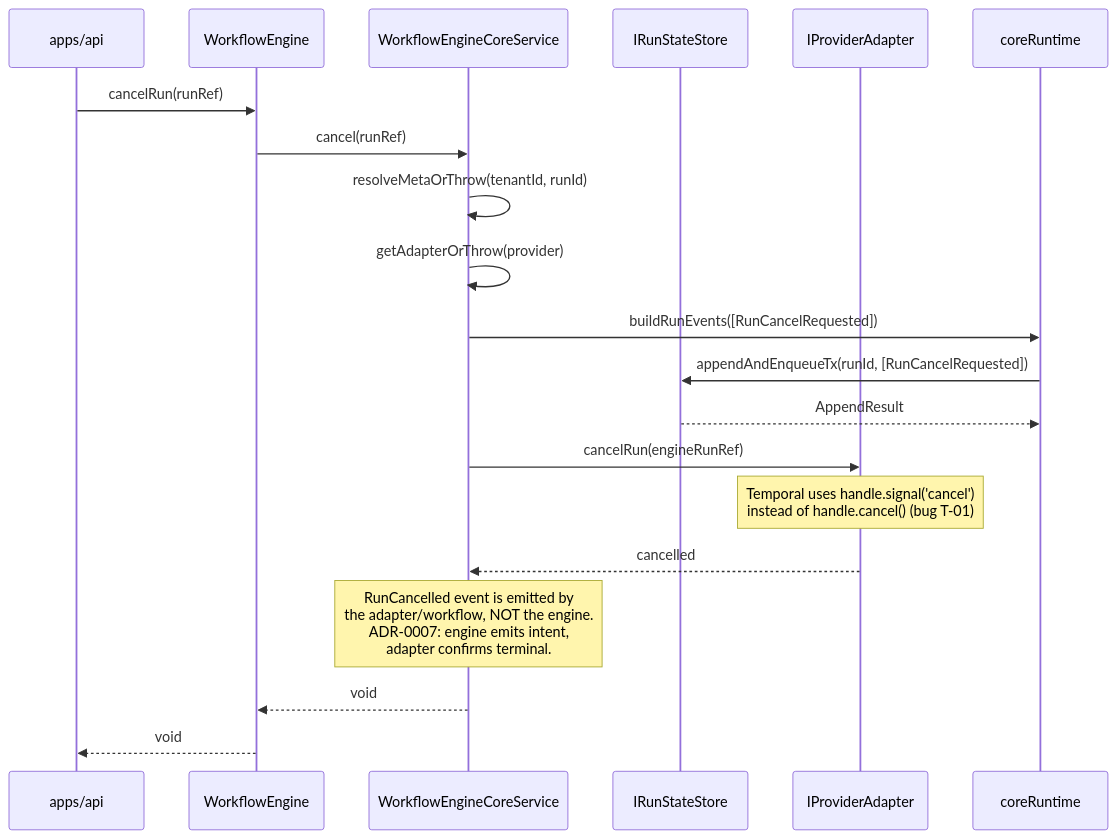
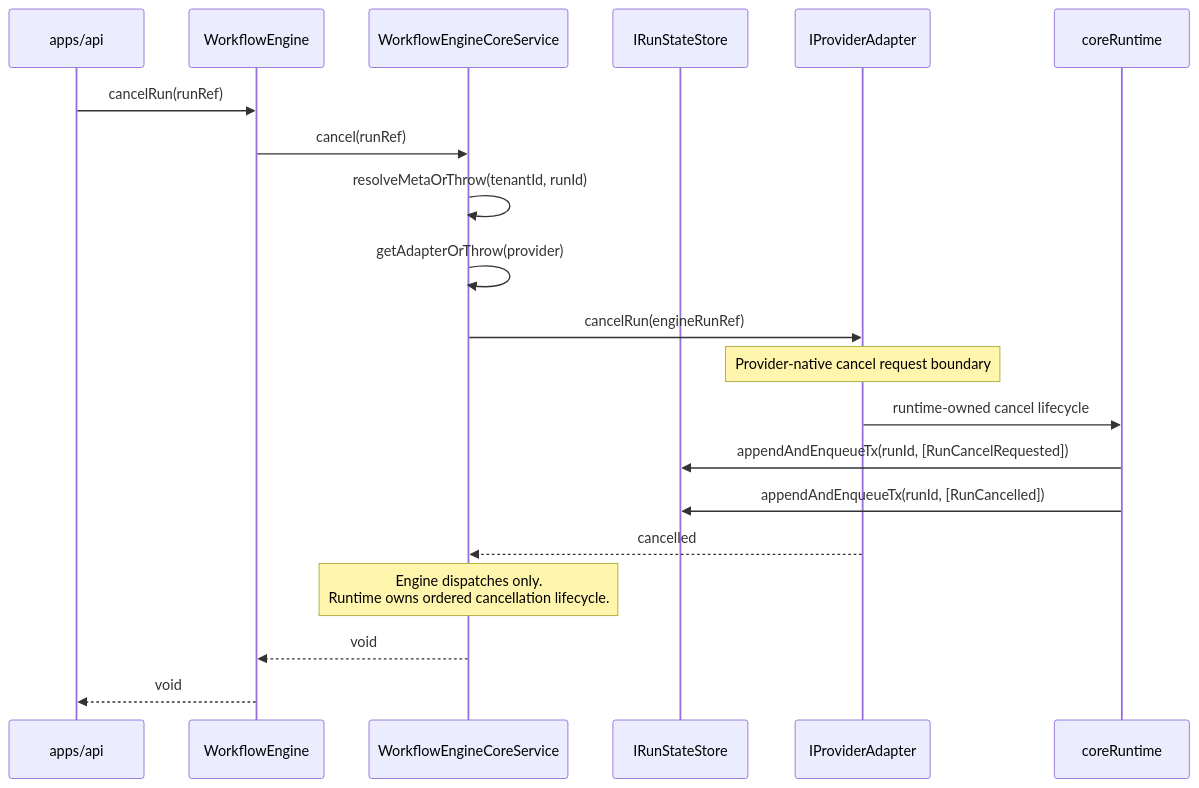
Before and after one commit to dunay2/dvt: the tenth of 13 diagrams in docs/architecture/diagrams/implementation-architecture-diagrams.md, drawn with Mermaid. The commit also changed other lines of this file and 63 other files, not shown here.

Commit message:
docs(docs): Reset engine contract pack and split run status models

````diff
--- a/docs/architecture/diagrams/implementation-architecture-diagrams.md
+++ b/docs/architecture/diagrams/implementation-architecture-diagrams.md
@@ -923,28 +931,27 @@
 ```mermaid
 sequenceDiagram
   participant Caller as apps/api
   participant WE as WorkflowEngine
   participant Core as WorkflowEngineCoreService
   participant Store as IRunStateStore
   participant Adapter as IProviderAdapter
   participant CR as coreRuntime
 
   Caller->>WE: cancelRun(runRef)
   WE->>Core: cancel(runRef)
 
   Core->>Core: resolveMetaOrThrow(tenantId, runId)
   Core->>Core: getAdapterOrThrow(provider)
 
-  Core->>CR: buildRunEvents([RunCancelRequested])
+  Core->>Adapter: cancelRun(engineRunRef)
+  Note over Adapter: Provider-native cancel request boundary
+  Adapter->>CR: runtime-owned cancel lifecycle
   CR->>Store: appendAndEnqueueTx(runId, [RunCancelRequested])
-  Store-->>CR: AppendResult
-
-  Core->>Adapter: cancelRun(engineRunRef)
-  Note over Adapter: Temporal uses handle.signal('cancel')<br/>instead of handle.cancel() (bug T-01)
+  CR->>Store: appendAndEnqueueTx(runId, [RunCancelled])
   Adapter-->>Core: cancelled
 
-  Note over Core: RunCancelled event is emitted by<br/>the adapter/workflow, NOT the engine.<br/>ADR-0007: engine emits intent,<br/>adapter confirms terminal.
+  Note over Core: Engine dispatches only.<br/>Runtime owns ordered cancellation lifecycle.
 
   Core-->>WE: void
   WE-->>Caller: void
 ```
````
